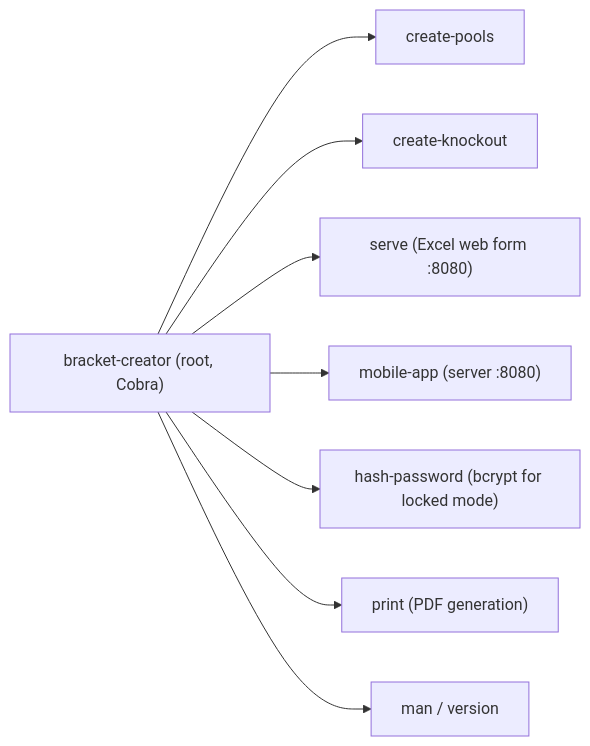
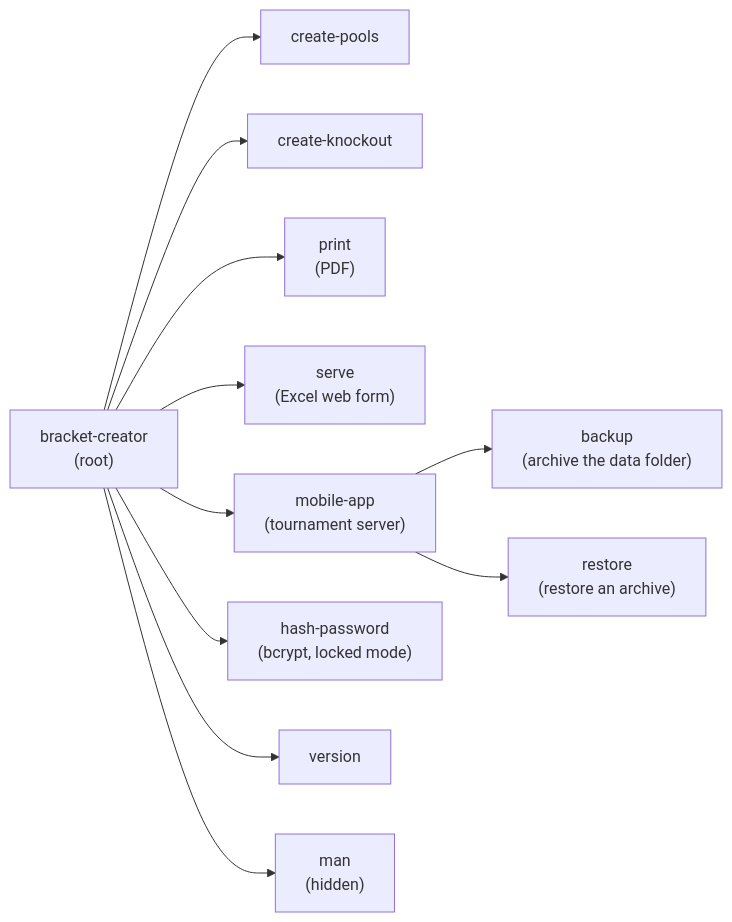
Before and after one commit to gitrgoliveira/bracket-creator: the second of 8 diagrams in docs/architecture/software-architecture.md, drawn with Mermaid. The commit also changed other lines of this file and 49 other files, not shown here.

First line of the commit message:
fix(bc-arch): one transaction for participant edits; WAL stale-log guard; architecture docs

````diff
--- a/docs/architecture/software-architecture.md
+++ b/docs/architecture/software-architecture.md
@@ -41,11 +58,14 @@
 ```mermaid
 flowchart LR
-    root["bracket-creator (root, Cobra)"]
+    root["bracket-creator<br/>(root)"]
     root --> cp["create-pools"]
     root --> ck["create-knockout"]
-    root --> srv["serve (Excel web form :8080)"]
-    root --> ma["mobile-app (server :8080)"]
-    root --> hp["hash-password (bcrypt for locked mode)"]
-    root --> pr["print (PDF generation)"]
-    root --> mn["man / version"]
+    root --> pr["print<br/>(PDF)"]
+    root --> srv["serve<br/>(Excel web form)"]
+    root --> ma["mobile-app<br/>(tournament server)"]
+    root --> hp["hash-password<br/>(bcrypt, locked mode)"]
+    root --> ver["version"]
+    root --> mn["man<br/>(hidden)"]
+    ma --> mab["backup<br/>(archive the data folder)"]
+    ma --> mar["restore<br/>(restore an archive)"]
 ```
````
